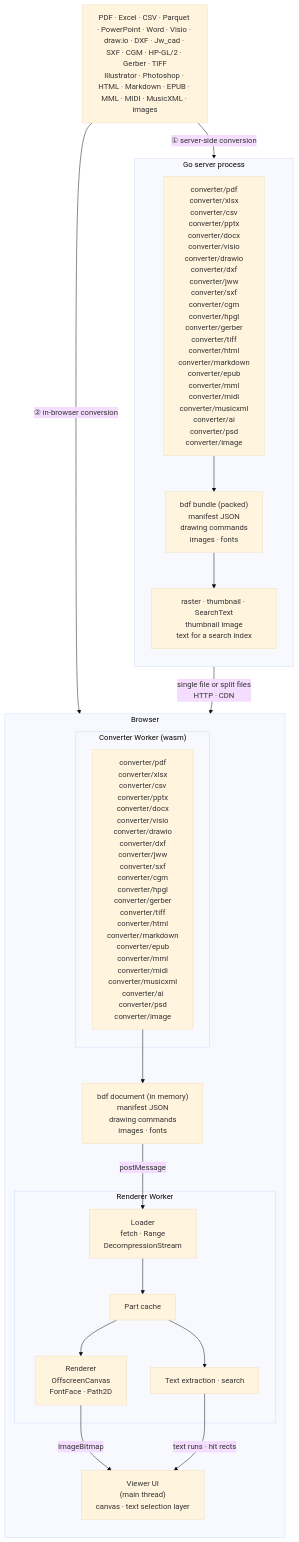
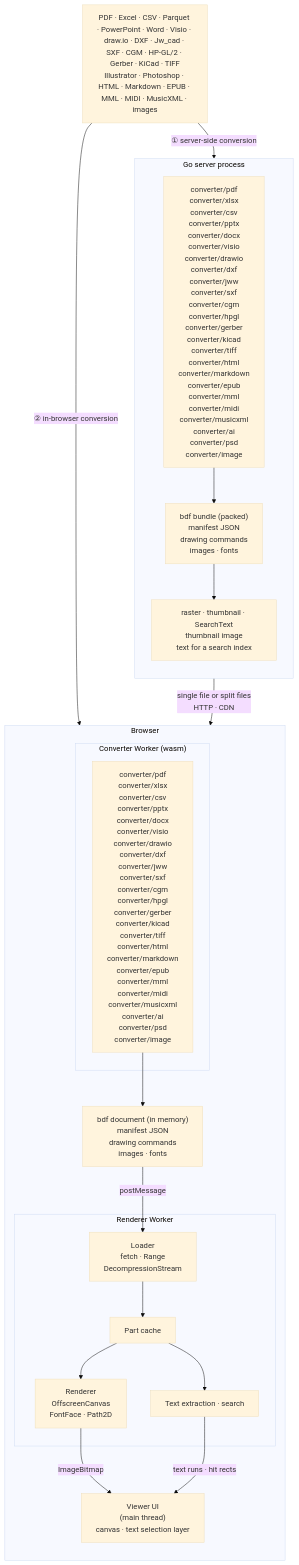
One commit to shibukawa/bdf changed the diagram in README.md. Above: the diagram before and after it, drawn with Mermaid (base theme). The commit also changed other lines of this file and 61 other files, not shown here.

First line of the commit message:
Add KiCad converter: schematics as pages of their sheets, boards as front, back and layer views

````diff
--- a/README.md
+++ b/README.md
@@ -20,39 +20,39 @@
 ```mermaid
 flowchart TB
-    SRC["PDF · Excel · CSV · Parquet · PowerPoint · Word · Visio · draw.io · DXF · Jw_cad · SXF · CGM · HP-GL/2 · Gerber · TIFF<br/>Illustrator · Photoshop · HTML · Markdown · EPUB · MML · MIDI · MusicXML · images"]
+    SRC["PDF · Excel · CSV · Parquet · PowerPoint · Word · Visio · draw.io · DXF · Jw_cad · SXF · CGM · HP-GL/2 · Gerber · KiCad · TIFF<br/>Illustrator · Photoshop · HTML · Markdown · EPUB · MML · MIDI · MusicXML · images"]
 
     subgraph SERVER["Go server process"]
         direction TB
-        SCONV["converter/pdf<br/>converter/xlsx<br/>converter/csv<br/>converter/pptx<br/>converter/docx<br/>converter/visio<br/>converter/drawio<br/>converter/dxf<br/>converter/jww<br/>converter/sxf<br/>converter/cgm<br/>converter/hpgl<br/>converter/gerber<br/>converter/tiff<br/>converter/html<br/>converter/markdown<br/>converter/epub<br/>converter/mml<br/>converter/midi<br/>converter/musicxml<br/>converter/ai<br/>converter/psd<br/>converter/image"]
+        SCONV["converter/pdf<br/>converter/xlsx<br/>converter/csv<br/>converter/pptx<br/>converter/docx<br/>converter/visio<br/>converter/drawio<br/>converter/dxf<br/>converter/jww<br/>converter/sxf<br/>converter/cgm<br/>converter/hpgl<br/>converter/gerber<br/>converter/kicad<br/>converter/tiff<br/>converter/html<br/>converter/markdown<br/>converter/epub<br/>converter/mml<br/>converter/midi<br/>converter/musicxml<br/>converter/ai<br/>converter/psd<br/>converter/image"]
         BUNDLE["bdf bundle (packed)<br/>manifest JSON<br/>drawing commands<br/>images · fonts"]
         PREVIEW["raster · thumbnail · SearchText<br/>thumbnail image<br/>text for a search index"]
         SCONV --> BUNDLE
         BUNDLE --> PREVIEW
     end
 
     subgraph BROWSER["Browser"]
         direction TB
         subgraph CWORKER["Converter Worker (wasm)"]
-            WCONV["converter/pdf<br/>converter/xlsx<br/>converter/csv<br/>converter/pptx<br/>converter/docx<br/>converter/visio<br/>converter/drawio<br/>converter/dxf<br/>converter/jww<br/>converter/sxf<br/>converter/cgm<br/>converter/hpgl<br/>converter/gerber<br/>converter/tiff<br/>converter/html<br/>converter/markdown<br/>converter/epub<br/>converter/mml<br/>converter/midi<br/>converter/musicxml<br/>converter/ai<br/>converter/psd<br/>converter/image"]
+            WCONV["converter/pdf<br/>converter/xlsx<br/>converter/csv<br/>converter/pptx<br/>converter/docx<br/>converter/visio<br/>converter/drawio<br/>converter/dxf<br/>converter/jww<br/>converter/sxf<br/>converter/cgm<br/>converter/hpgl<br/>converter/gerber<br/>converter/kicad<br/>converter/tiff<br/>converter/html<br/>converter/markdown<br/>converter/epub<br/>converter/mml<br/>converter/midi<br/>converter/musicxml<br/>converter/ai<br/>converter/psd<br/>converter/image"]
         end
         PARTS["bdf document (in memory)<br/>manifest JSON<br/>drawing commands<br/>images · fonts"]
         subgraph RWORKER["Renderer Worker"]
             LOADER["Loader<br/>fetch · Range<br/>DecompressionStream"]
             STORE["Part cache"]
             RENDER["Renderer<br/>OffscreenCanvas<br/>FontFace · Path2D"]
             TEXT["Text extraction · search"]
             LOADER --> STORE
             STORE --> RENDER
             STORE --> TEXT
         end
         UI["Viewer UI<br/>(main thread)<br/>canvas · text selection layer"]
         WCONV --> PARTS
     end
 
     SRC -- "① server-side conversion" --> SCONV
     SRC -- "② in-browser conversion" --> WCONV
     BUNDLE -- "single file or split files<br/>HTTP · CDN" --> LOADER
     PARTS -- "postMessage" --> LOADER
     RENDER -- "ImageBitmap" --> UI
     TEXT -- "text runs · hit rects" --> UI
 ```
````
